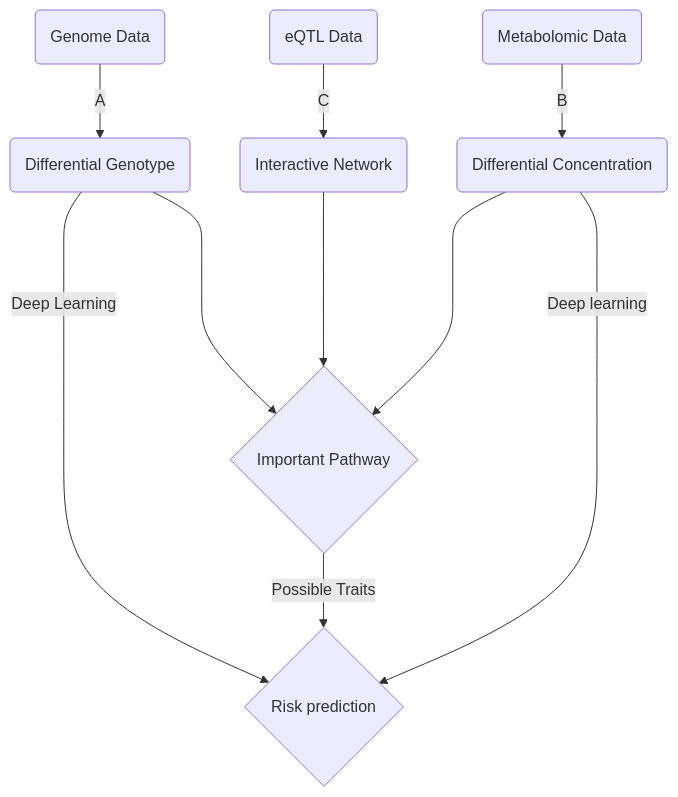
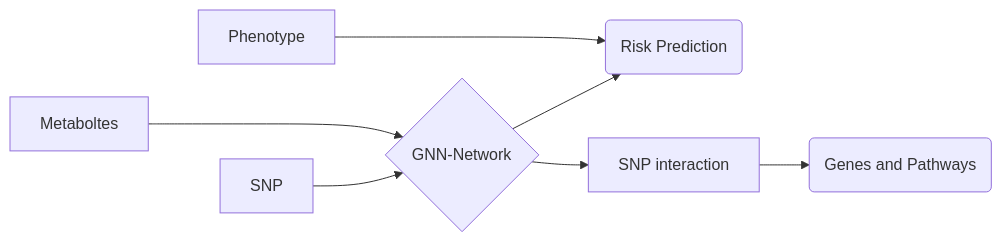
One commit to michaelGuo1204/UThesis changed the fifth of 5 diagrams in docs/README.md. Above: the diagram before and after it, drawn with Mermaid. The commit also changed other lines of this file and 6 other files, not shown here.

````diff
--- a/docs/README.md
+++ b/docs/README.md
@@ -211,13 +272,9 @@
-```mermaid
-graph TD
-	A(Genome Data) --A--> B(Differential Genotype)
-	B--Deep Learning-->H{Risk prediction}
-    C(Metabolomic Data) --B--> D(Differential Concentration)
-    E(eQTL Data) --C--> F(Interactive Network)
-    F ----> G{Important Pathway}
-    B ----> G
-    D ----> G
-    D --Deep learning--> H
-    G --Possible Traits-->H
-	
+``` mermaid
+graph LR
+	A[SNP] -->B{GNN-Network}
+	B--> E(Risk Prediction)
+	B--> C[SNP interaction]
+	C --> F(Genes and Pathways)
+	D[Phenotype] --->E
+	H[Metaboltes] ---> B
 ```
````
